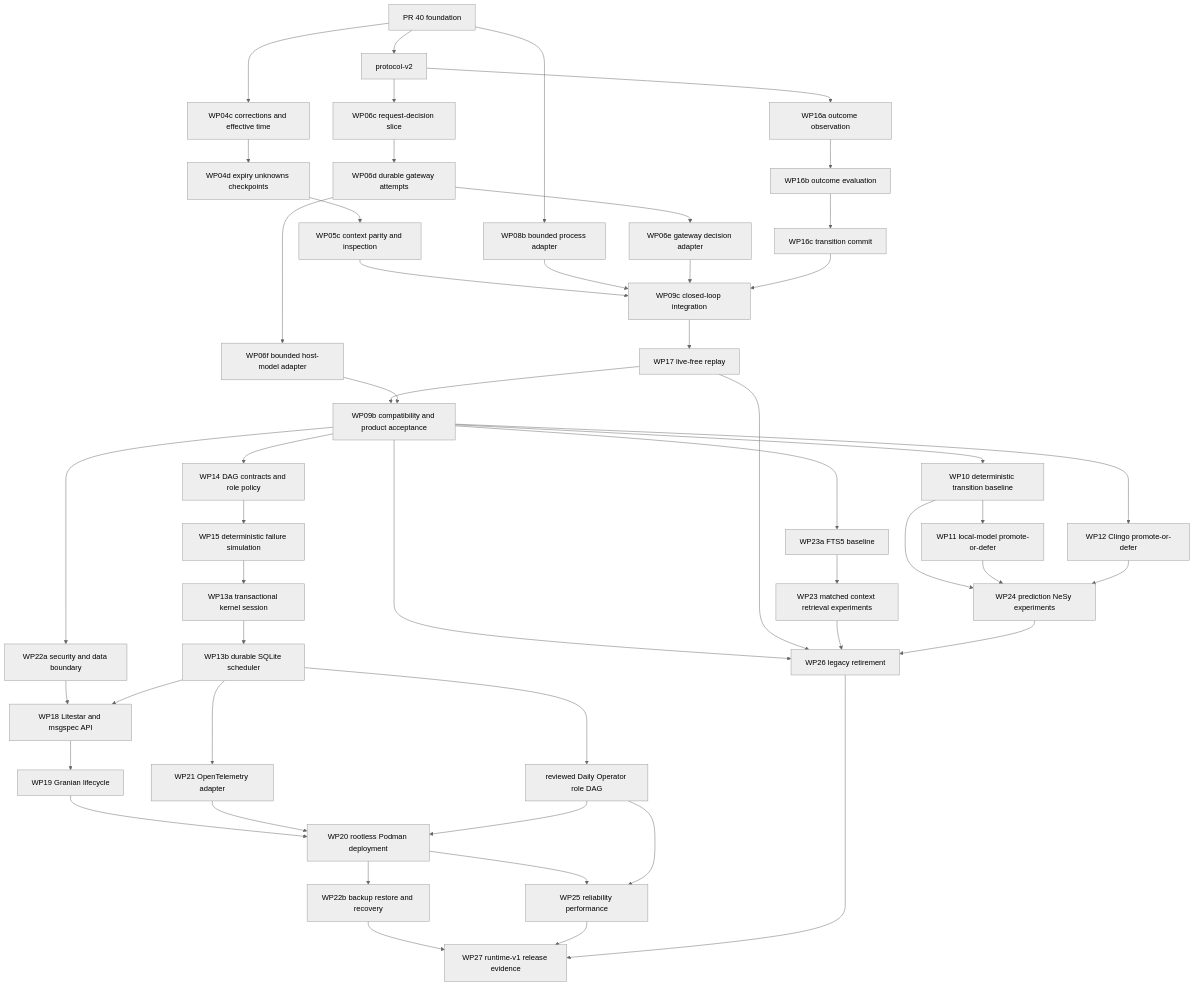
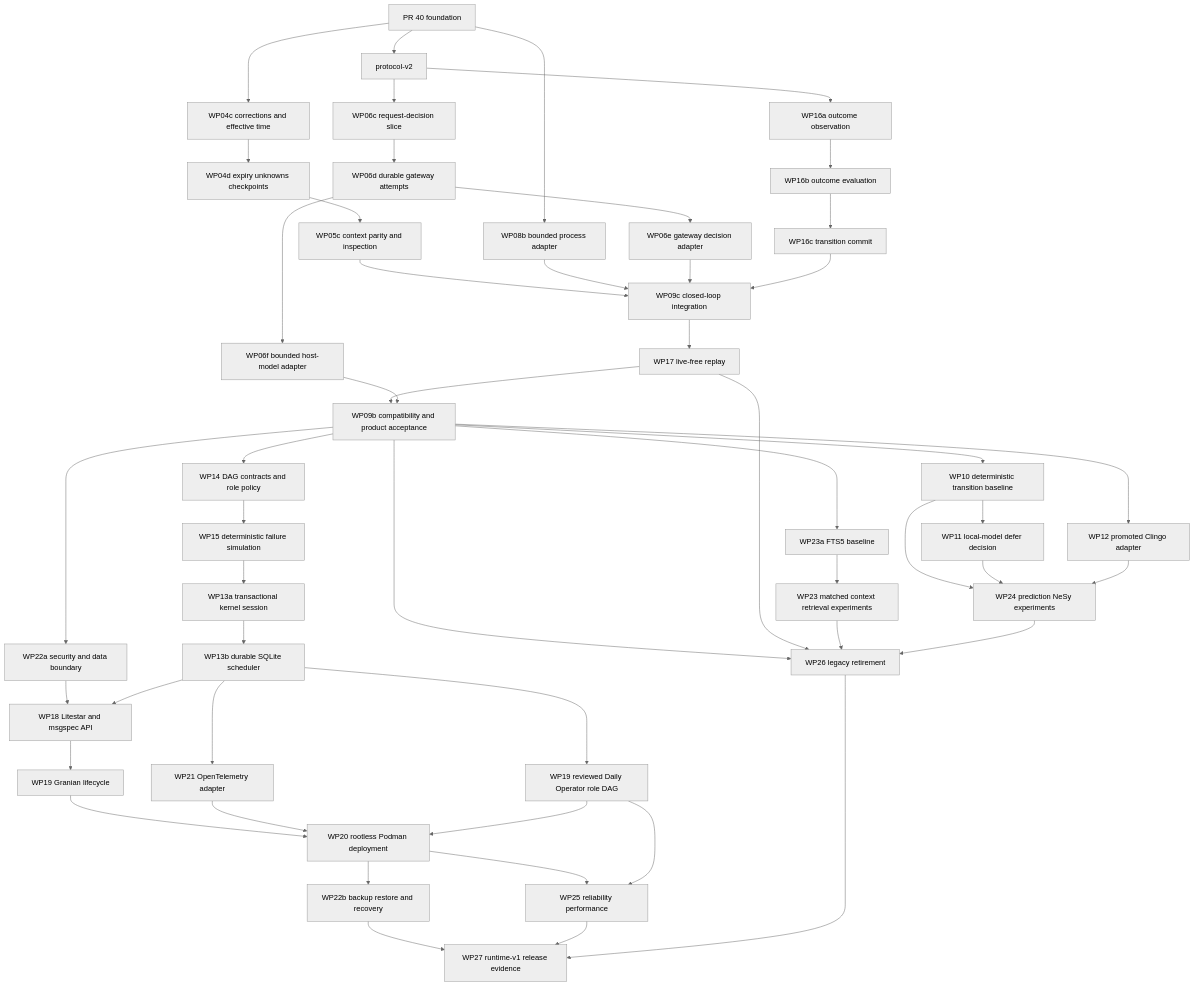
Before and after one commit to kmosoti/blackcell: the first of 2 diagrams in docs/spec/bcp-0034-evolutionary-runtime.md, drawn with Mermaid (neutral theme). The commit also changed other lines of this file and 136 other files, not shown here.

````diff
--- a/docs/spec/bcp-0034-evolutionary-runtime.md
+++ b/docs/spec/bcp-0034-evolutionary-runtime.md
@@ -296,60 +319,60 @@
 ```mermaid
 flowchart TD
     M[PR 40 foundation] --> P[protocol-v2]
     M --> S04a[WP04c corrections and effective time]
     S04a --> S04b[WP04d expiry unknowns checkpoints]
     S04b --> S05[WP05c context parity and inspection]
     M --> E08[WP08b bounded process adapter]
 
     P --> G06a[WP06c request-decision slice]
     G06a --> G06b[WP06d durable gateway attempts]
     G06b --> G06c[WP06e gateway decision adapter]
     G06b --> G06d[WP06f bounded host-model adapter]
 
     P --> O16a[WP16a outcome observation]
     O16a --> O16b[WP16b outcome evaluation]
     O16b --> O16c[WP16c transition commit]
 
     S05 --> I09[WP09c closed-loop integration]
     E08 --> I09
     G06c --> I09
     O16c --> I09
     I09 --> R17[WP17 live-free replay]
     R17 --> C09[WP09b compatibility and product acceptance]
     G06d --> C09
 
     C09 --> T10[WP10 deterministic transition baseline]
-    T10 --> T11[WP11 local-model promote-or-defer]
-    C09 --> N12[WP12 Clingo promote-or-defer]
+    T10 --> T11[WP11 local-model defer decision]
+    C09 --> N12[WP12 promoted Clingo adapter]
     C09 --> F23[WP23a FTS5 baseline]
 
     C09 --> D14[WP14 DAG contracts and role policy]
     D14 --> D15[WP15 deterministic failure simulation]
     D15 --> D13a[WP13a transactional kernel session]
     D13a --> D13b[WP13b durable SQLite scheduler]
-    D13b --> D16[reviewed Daily Operator role DAG]
+    D13b --> D16[WP19 reviewed Daily Operator role DAG]
 
     C09 --> SEC22[WP22a security and data boundary]
     SEC22 --> A18[WP18 Litestar and msgspec API]
     D13b --> A18
     A18 --> G19[WP19 Granian lifecycle]
     D13b --> O21[WP21 OpenTelemetry adapter]
     G19 --> P20[WP20 rootless Podman deployment]
     O21 --> P20
     D16 --> P20
     P20 --> REC22[WP22b backup restore and recovery]
 
     F23 --> X23[WP23 matched context retrieval experiments]
     T10 --> X24[WP24 prediction NeSy experiments]
     T11 --> X24
     N12 --> X24
     P20 --> PERF25[WP25 reliability performance]
     D16 --> PERF25
     C09 --> RET26[WP26 legacy retirement]
     R17 --> RET26
     X23 --> RET26
     X24 --> RET26
     REC22 --> REL27[WP27 runtime-v1 release evidence]
     PERF25 --> REL27
     RET26 --> REL27
 ```
````
